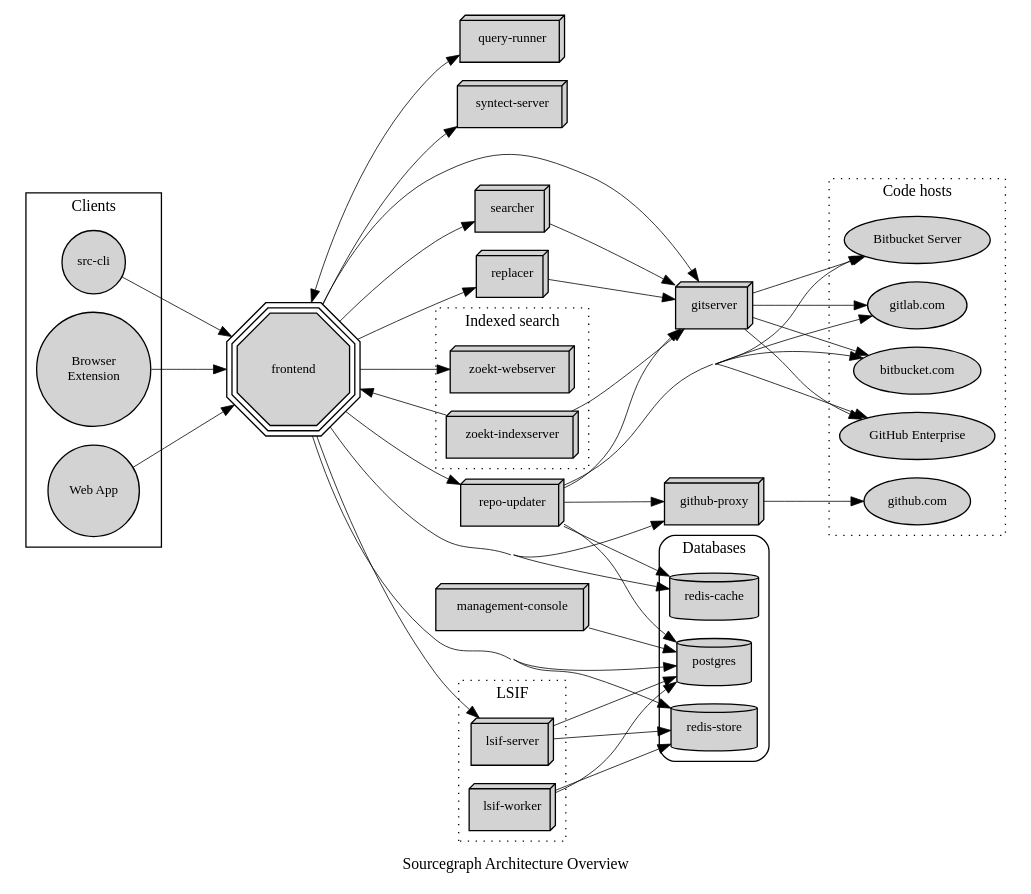
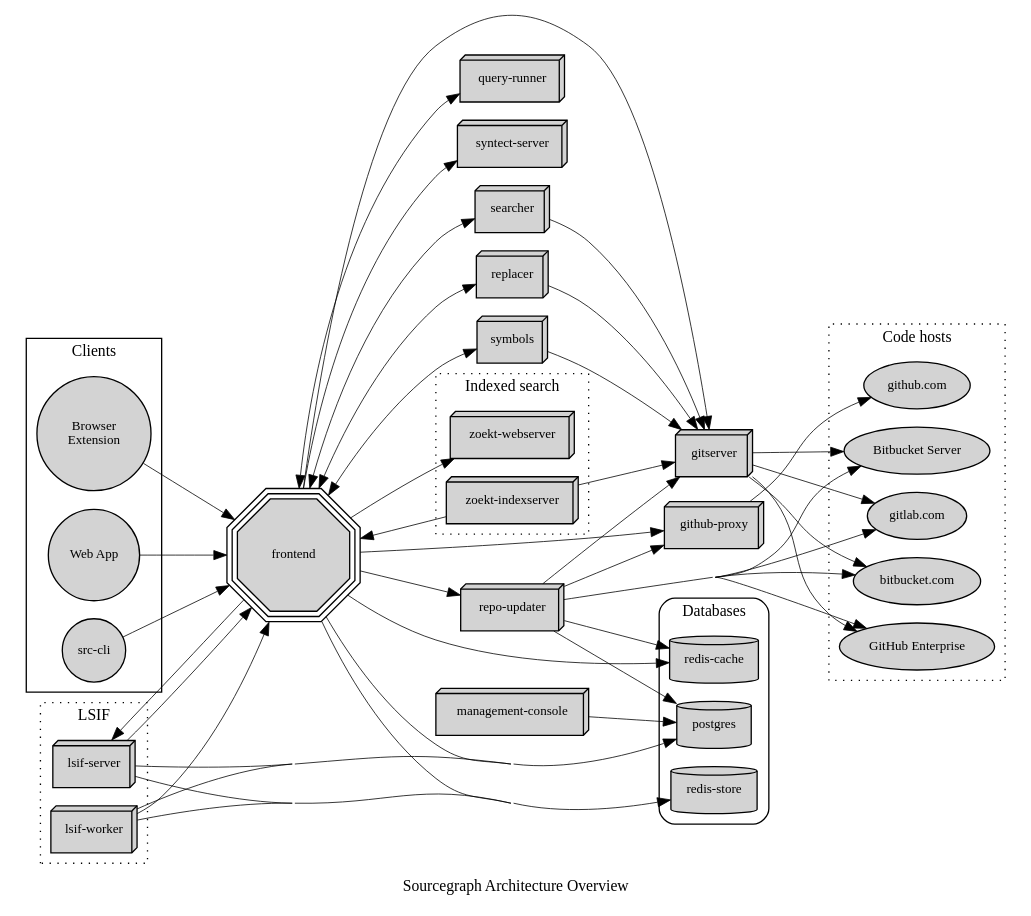
One commit to sourcegraph/sourcegraph-public-snapshot changed the diagram in doc/dev/architecture/architecture.dot. Above: the diagram before and after it, drawn with Graphviz.

Commit message:
Add symbols and fix arrows.

```diff
--- a/doc/dev/architecture/architecture.dot
+++ b/doc/dev/architecture/architecture.dot
@@ -1,136 +1,151 @@
 digraph architecture {
     label="Sourcegraph Architecture Overview"
     rankdir=LR
     ratio=fill
     concentrate=true
     ranksep=0.8
     nodesep=0.2
 
     graph [
         fontname="Iosevka"
         fontsize=12
     ]
 
     node [
         style="filled"
         shape="box3d"
         fontname="Iosevka"
         fontsize=10
     ]
 
     edge [
         penwidth=0.6
         arrowType="empty"
     ]
 
     frontend [
         fixedsize=true
         width=1.2
         height=1.2
         shape="tripleoctagon"
         label="frontend"
         URL="https://github.com/sourcegraph/sourcegraph/tree/master/cmd/frontend"
     ]
 
     gitserver    [label="gitserver" URL="https://github.com/sourcegraph/sourcegraph/tree/master/cmd/gitserver"]
     repo_updater [label="repo-updater" URL="https://github.com/sourcegraph/sourcegraph/tree/master/cmd/repo-updater"]
     searcher     [label="searcher" URL="https://github.com/sourcegraph/sourcegraph/tree/master/cmd/searcher"]
     replacer     [label="replacer" URL="https://github.com/sourcegraph/sourcegraph/tree/master/cmd/replacer"]
     query_runner [label="query-runner" URL="https://github.com/sourcegraph/sourcegraph/tree/master/cmd/query-runner"]
     github_proxy [label="github-proxy" URL="https://github.com/sourcegraph/sourcegraph/tree/master/cmd/github-proxy"]
     syntect_server [label="syntect-server" URL="https://github.com/sourcegraph/syntect_server"]
     management_console [label="management-console" URL="https://github.com/sourcegraph/sourcegraph/tree/master/cmd/management-console"]
+    symbols [label="symbols" URL="https://github.com/sourcegraph/sourcegraph/tree/master/cmd/symbols"]
 
     subgraph cluster_lsif_zoekt {
         label="Indexed search"
         rank="same"
         graph [style="dotted"]
 
         zoekt_webserver [label="zoekt-webserver" URL="https://github.com/sourcegraph/zoekt/tree/master/cmd/zoekt-webserver"]
         zoekt_indexserver [label="zoekt-indexserver" URL="https://github.com/sourcegraph/zoekt/tree/master/cmd/zoekt-sourcegraph-indexserver"]
     }
 
     subgraph cluster_lsif_processes {
         label="LSIF"
         rank="same"
         graph [style="dotted"]
 
         lsif_server [label="lsif-server" URL="https://github.com/sourcegraph/sourcegraph/tree/master/lsif/src/server"]
         lsif_worker [label="lsif-worker" URL="https://github.com/sourcegraph/sourcegraph/tree/master/lsif/src/worker"]
     }
 
     subgraph cluster_databases {
         label="Databases"
         rank="same"
         graph [style="rounded"]
         node [shape="cylinder"]
 
         redis_cache [label="redis-cache"]
         redis_store [label="redis-store"]
         postgres [label="postgres"]
     }
 
     subgraph cluster_codehosts {
         label="Code hosts"
         rank="same"
         graph [style="dotted"]
         node  [shape="oval"]
 
         github_dot_com [label="github.com"]
         gitlab_dot_com [label="gitlab.com"]
         bitbucket_cloud [label="bitbucket.com"]
         github_enterprise [label="GitHub Enterprise"]
         bitbucket_server [label="Bitbucket Server"]
     }
 
     subgraph cluster_clients {
         label="Clients"
         node [shape="circle"]
         src_cli [label="src-cli" URL="https://github.com/sourcegraph/src-cli"]
         browser_ext [label="Browser\nExtension" URL="https://github.com/sourcegraph/sourcegraph/tree/master/browser/"]
         web_app [label="Web App" URL="https://github.com/sourcegraph/sourcegraph/tree/master/web"]
     }
 
     frontend -> gitserver
-    frontend -> query_runner -> frontend
-    frontend -> searcher -> gitserver
-    frontend -> replacer -> gitserver
+    frontend -> query_runner
+    frontend -> searcher
+    frontend -> replacer
     frontend -> repo_updater
     frontend -> github_proxy
     frontend -> zoekt_webserver
     frontend -> postgres
     frontend -> redis_cache
     frontend -> redis_store
     frontend -> syntect_server
     frontend -> lsif_server
+    frontend -> symbols
+
+    searcher -> frontend
+    searcher -> gitserver
+
+    replacer -> frontend
+    replacer -> gitserver
 
     management_console -> postgres
 
+    query_runner -> frontend
+
+    symbols -> frontend
+    symbols -> gitserver
+
+    lsif_server -> frontend
     lsif_server -> postgres
     lsif_server -> redis_store
+    lsif_worker -> frontend
     lsif_worker -> postgres
     lsif_worker -> redis_store
 
     repo_updater -> github_proxy
     repo_updater -> github_enterprise
     repo_updater -> gitlab_dot_com
     repo_updater -> bitbucket_server
     repo_updater -> bitbucket_cloud
     repo_updater -> postgres
     repo_updater -> gitserver
     repo_updater -> redis_cache
 
     github_proxy -> github_dot_com
 
     gitserver -> github_enterprise
     gitserver -> gitlab_dot_com
     gitserver -> bitbucket_server
     gitserver -> bitbucket_cloud
 
     zoekt_indexserver -> frontend
     zoekt_indexserver -> gitserver
 
     browser_ext -> frontend
     web_app -> frontend
     src_cli -> frontend
 }
```
